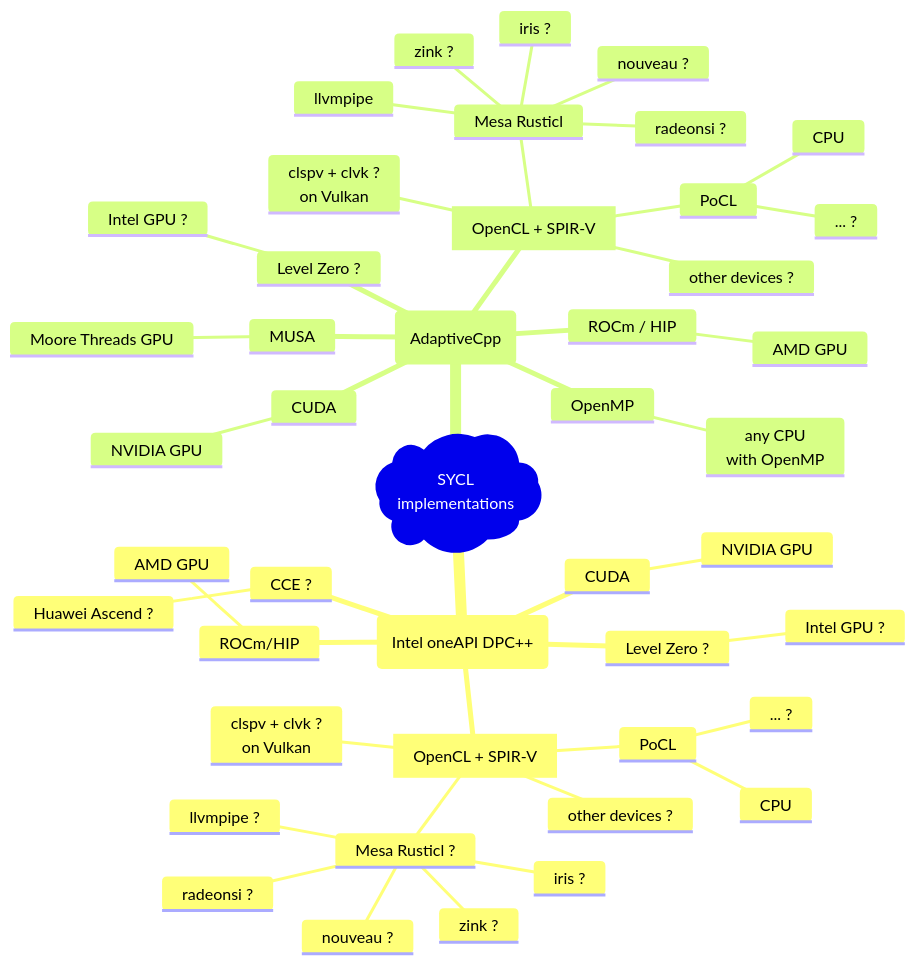
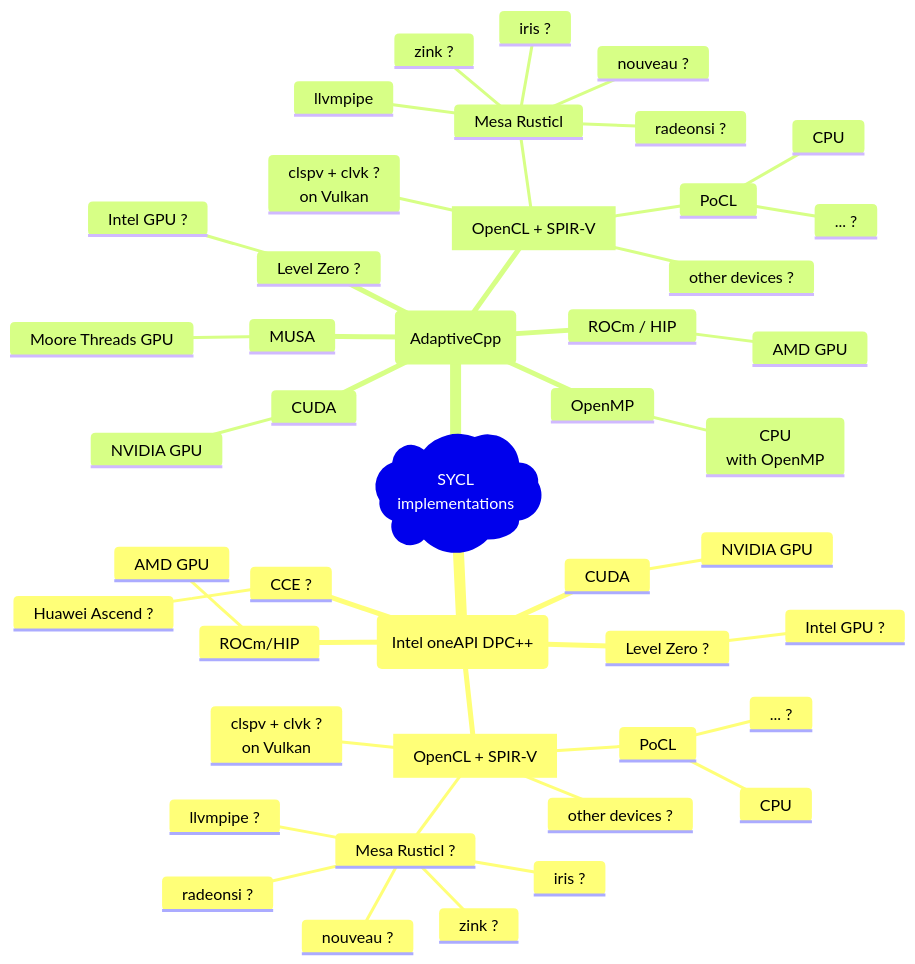
Before and after one commit to fxzjshm/simple-radio-telescope-backend: the second of 2 diagrams in README.md, drawn with Mermaid. The commit also changed other lines of this file, not shown here.

````diff
--- a/README.md
+++ b/README.md
@@ -63,48 +56,48 @@
 ```mermaid
 mindmap
   root )SYCL <br/> implementations(
     (Intel oneAPI DPC++)
       ROCm/HIP
         AMD GPU
       CUDA
         NVIDIA GPU
       Level Zero ?
         Intel GPU ?
       OpenCL_SPIRV [OpenCL + SPIR-V]
         PoCL
           CPU
           ... ?
         Mesa Rusticl ?
           llvmpipe ?
           nouveau ?
           radeonsi ?
           iris ?
           zink ?
         clspv + clvk ? <br/> on Vulkan
         other devices ?
       CCE ?
         Huawei Ascend ?
     (AdaptiveCpp)
       ROCm / HIP
         AMD GPU
       MUSA
         Moore Threads GPU
       CUDA
         NVIDIA GPU
       Level Zero ?
         Intel GPU ?
       OpenCL_SPIRV [OpenCL + SPIR-V]
         PoCL
           CPU
           ... ?
         Mesa Rusticl
           llvmpipe
           nouveau ?
           radeonsi ?
           iris ?
           zink ?
         clspv + clvk ? <br/> on Vulkan
         other devices ?
       OpenMP
-        any CPU <br/> with OpenMP
+        CPU <br/> with OpenMP
 ```
````
